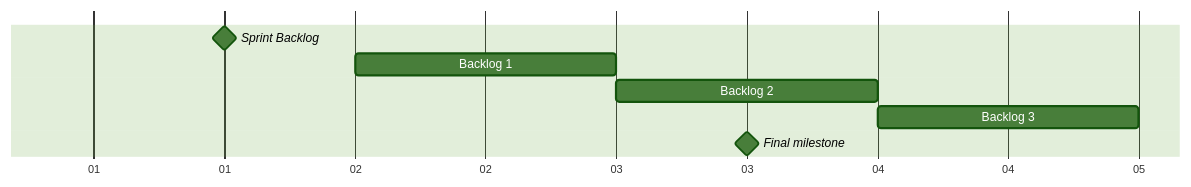
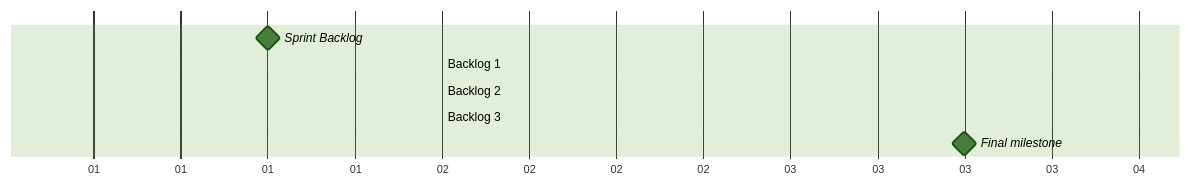
The second of 2 diagrams in sprint.md (Iagocds/Projeto-Integrado), drawn with Mermaid (forest theme) before and after one commit.

````diff
--- a/sprint.md
+++ b/sprint.md
@@ -24,10 +24,10 @@
 ```mermaid
 gantt
     dateFormat D
     axisFormat %d
     Sprint Backlog : milestone, m1, 1, 1d
-    Backlog 1 : 1d
-    Backlog 2 : 1d
-    Backlog 3 : 1d
+    Backlog 1 : 0d
+    Backlog 2 : 0d
+    Backlog 3 : 0d
     Final milestone : milestone, m2, 3, 1d
 ```
````
